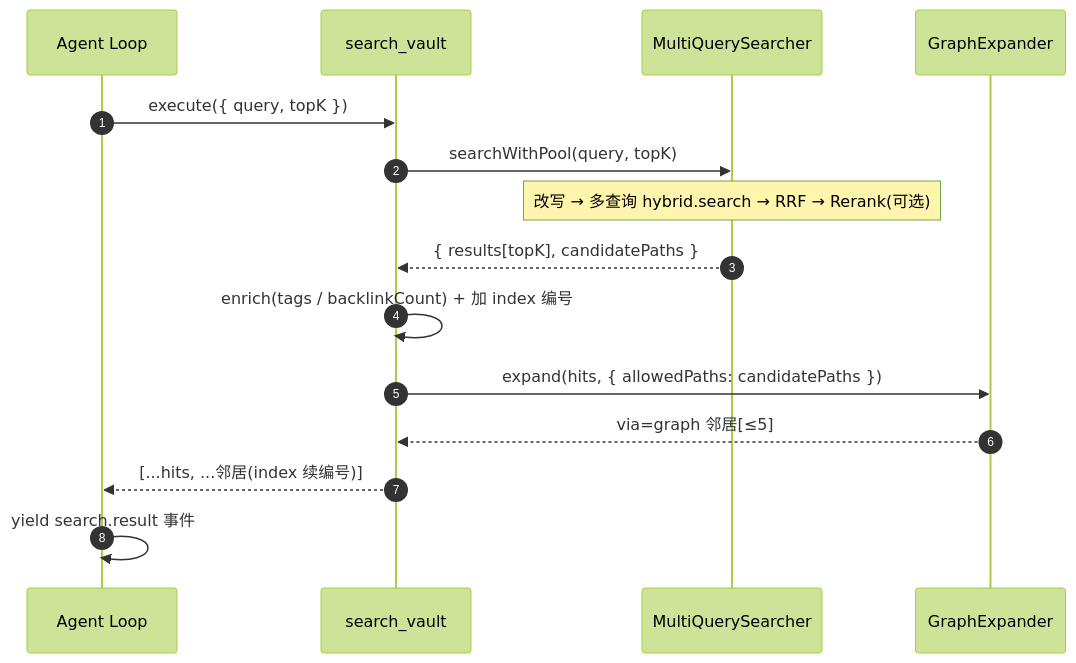
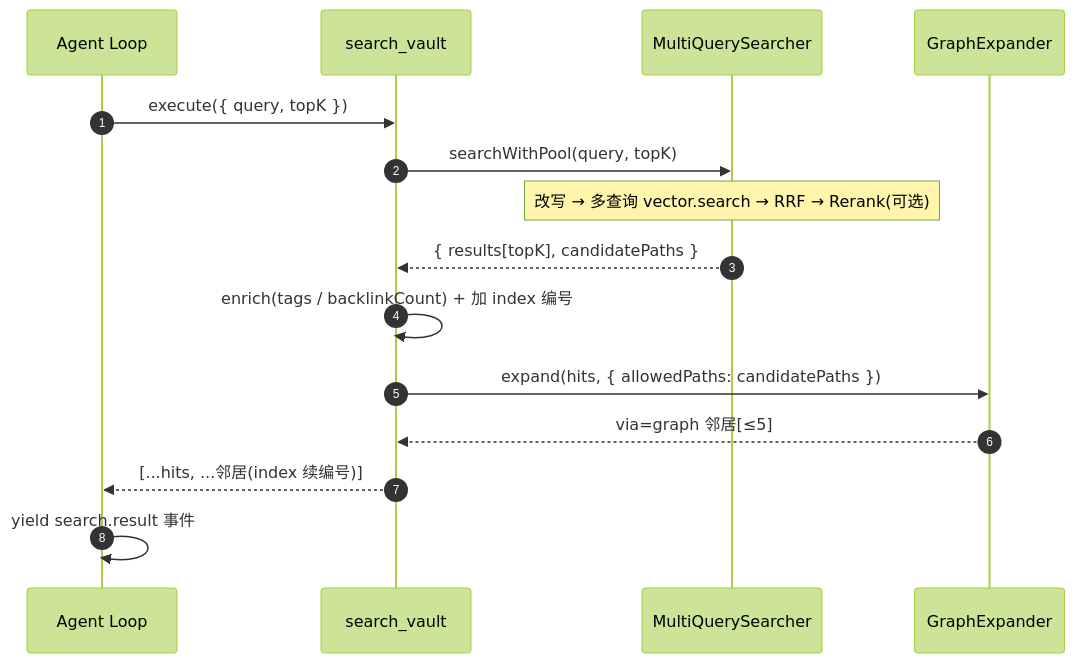
Before and after one commit to golddream-y/obsidian-ratel: the second of 3 diagrams in docs/architecture/agent/tools.md, drawn with Mermaid (forest theme). The commit also changed other lines of this file and 10 other files, not shown here.

````diff
--- a/docs/architecture/agent/tools.md
+++ b/docs/architecture/agent/tools.md
@@ -171,18 +171,18 @@
 ```mermaid
 sequenceDiagram
     autonumber
     participant AL as Agent Loop
     participant SV as search_vault
     participant MQS as MultiQuerySearcher
     participant GE as GraphExpander
 
     AL->>SV: execute({ query, topK })
     SV->>MQS: searchWithPool(query, topK)
-    Note over MQS: 改写 → 多查询 hybrid.search → RRF → Rerank(可选)
+    Note over MQS: 改写 → 多查询 vector.search → RRF → Rerank(可选)
     MQS-->>SV: { results[topK], candidatePaths }
     SV->>SV: enrich(tags / backlinkCount) + 加 index 编号
     SV->>GE: expand(hits, { allowedPaths: candidatePaths })
     GE-->>SV: via=graph 邻居[≤5]
     SV-->>AL: [...hits, ...邻居(index 续编号)]
     AL->>AL: yield search.result 事件
 ```
````
